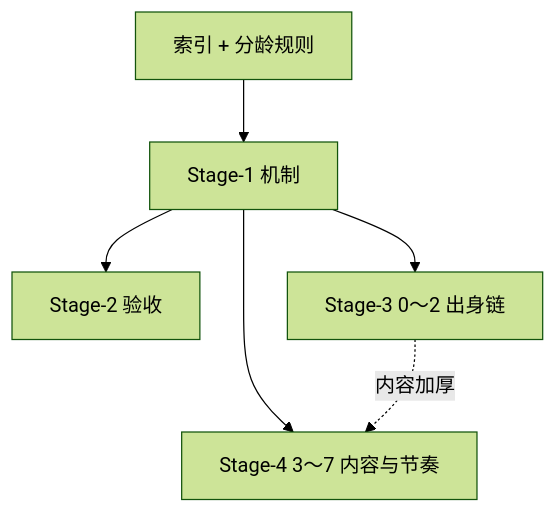
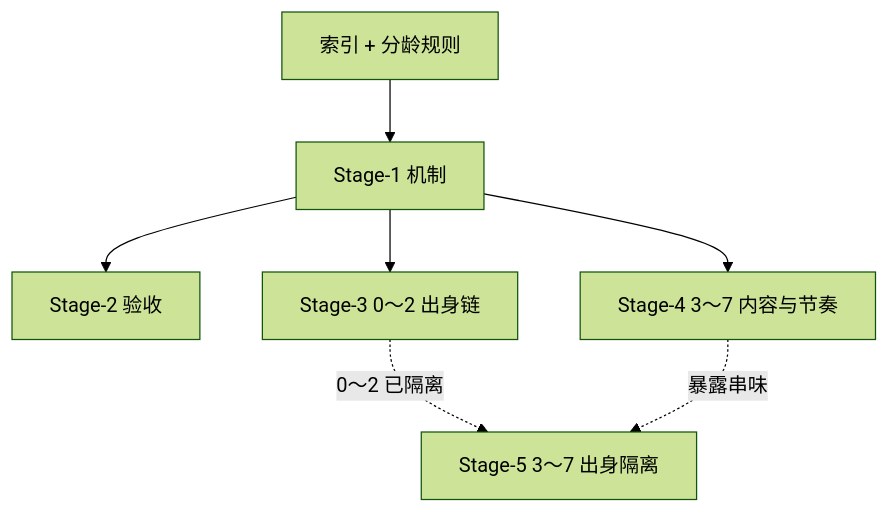
Before and after one commit to molibaby1/wuxia-life: the diagram in docs/PRD/early-childhood-opening-experience-index.md, drawn with Mermaid (forest theme). The commit also changed other lines of this file and 16 other files, not shown here.

````diff
--- a/docs/PRD/early-childhood-opening-experience-index.md
+++ b/docs/PRD/early-childhood-opening-experience-index.md
@@ -33,14 +34,16 @@
 ```mermaid
 flowchart TB
   IDX[索引 + 分龄规则]
   S1[Stage-1 机制]
   S2[Stage-2 验收]
   S3[Stage-3 0～2 出身链]
   S4[Stage-4 3～7 内容与节奏]
+  S5[Stage-5 3～7 出身隔离]
 
   IDX --> S1
   S1 --> S2
   S1 --> S3
   S1 --> S4
-  S3 -.->|内容加厚| S4
+  S3 -.->|0～2 已隔离| S5
+  S4 -.->|暴露串味| S5
 ```
````
